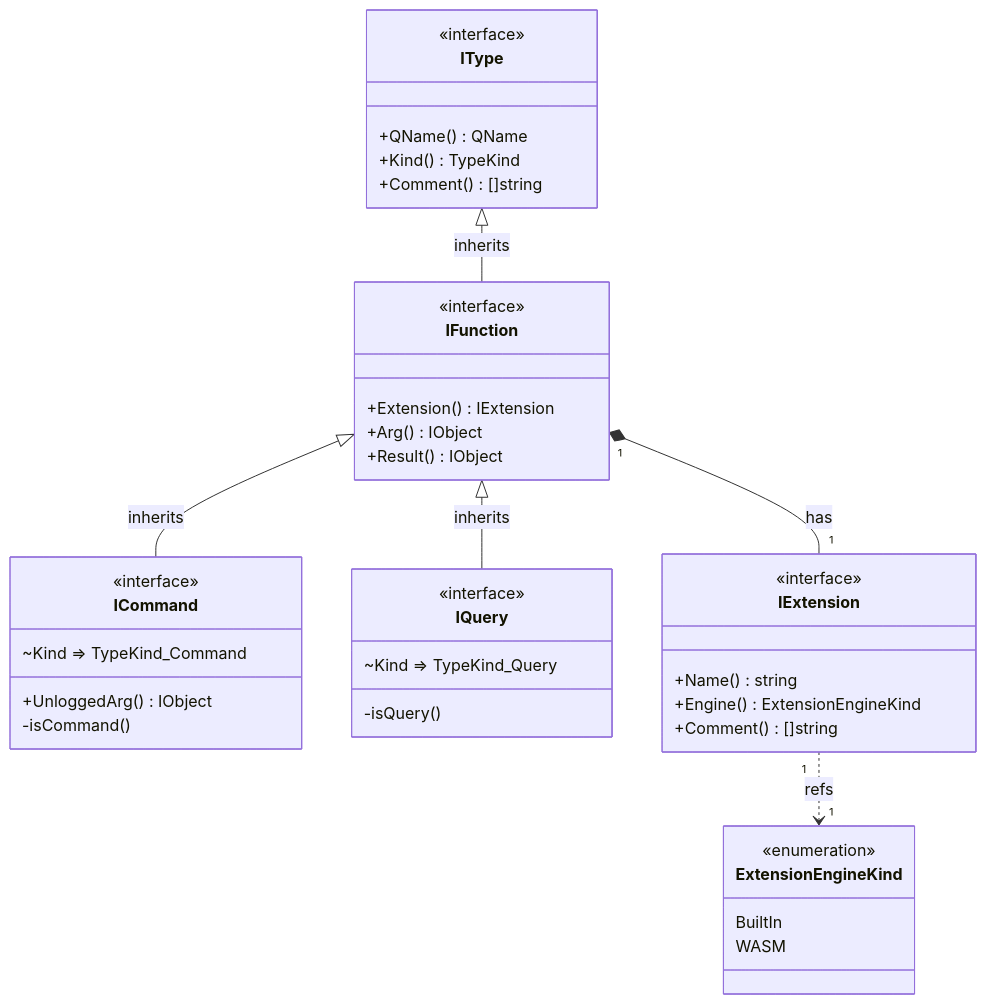
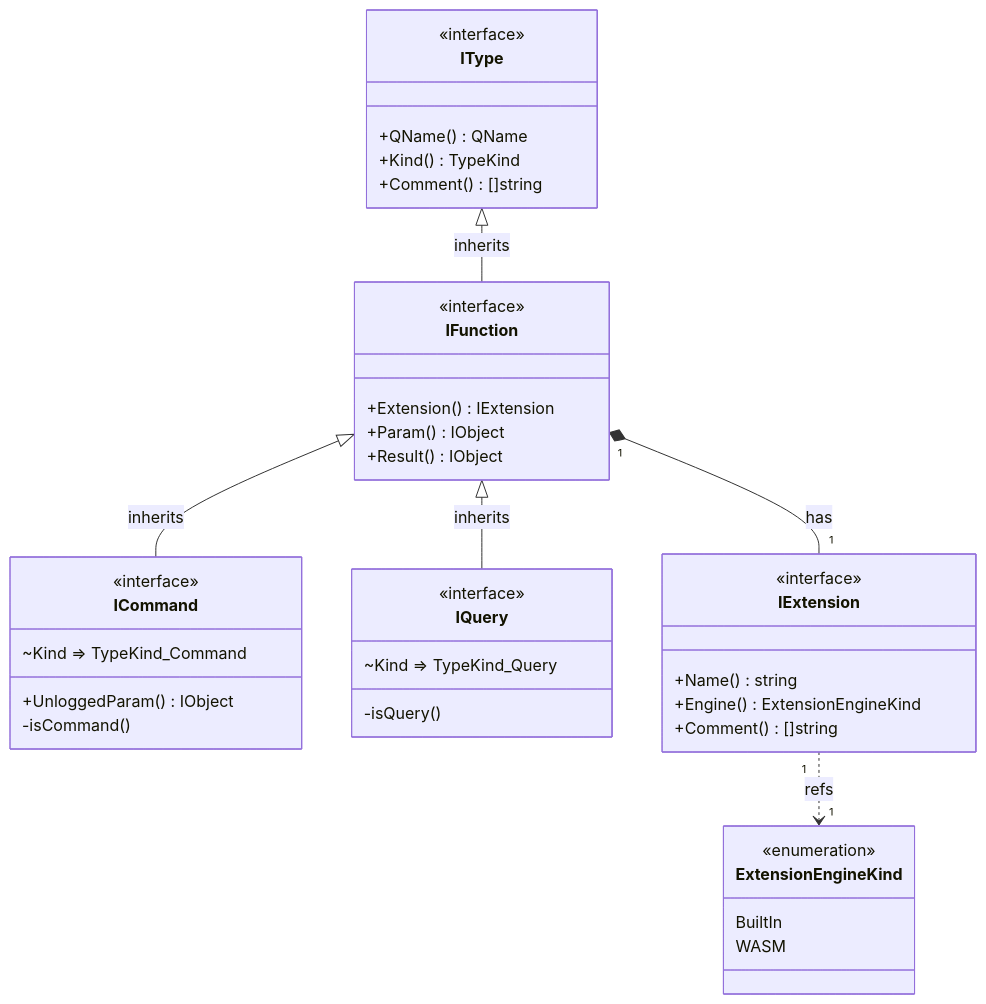
Before and after one commit to voedger/voedger: the seventh of 7 diagrams in pkg/appdef/README.md, drawn with Mermaid. The commit also changed other lines of this file and 12 other files, not shown here.

Commit message:
rename Arg -> Param

````diff
--- a/pkg/appdef/README.md
+++ b/pkg/appdef/README.md
@@ -787,50 +787,50 @@
 ```mermaid
 classDiagram
     
     direction TB
 
     class IType {
         <<interface>>
         +QName() QName
         +Kind() TypeKind
         +Comment() []string
     }
 
     IType <|-- IFunction : inherits
     class IFunction {
         <<interface>>
         +Extension() IExtension
-        +Arg() IObject
+        +Param() IObject
         +Result() IObject
     }
 
     IFunction <|-- ICommand : inherits
     class ICommand {
         <<interface>>
         ~Kind => TypeKind_Command
-        +UnloggedArg() IObject
+        +UnloggedParam() IObject
         -isCommand()
     }
 
     IFunction <|-- IQuery : inherits
     class IQuery {
         <<interface>>
         ~Kind => TypeKind_Query
         -isQuery()
     }
 
     IFunction "1" *-- "1" IExtension : has
     class IExtension {
         <<interface>>
         +Name() string
         +Engine() ExtensionEngineKind
         +Comment() []string
     }
 
     IExtension "1" ..> "1" ExtensionEngineKind : refs
     class ExtensionEngineKind {
         <<enumeration>>
         BuiltIn
         WASM
     }
 ```
````
